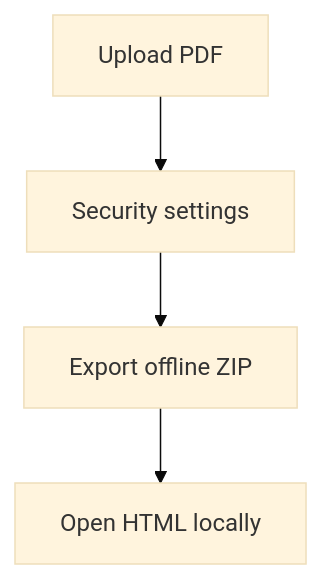
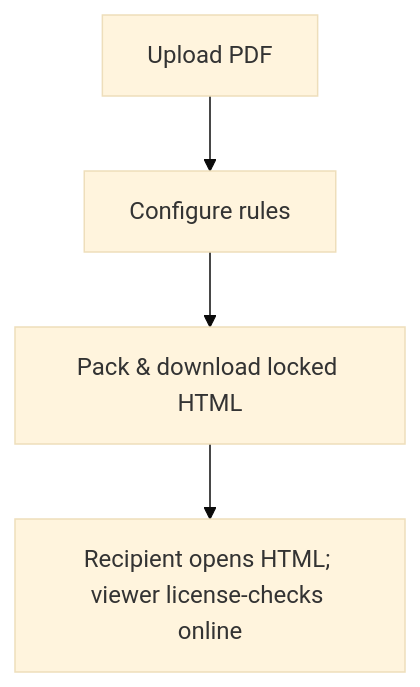
The diagram in src/content/blog/en/how-to-create-offline-pdf-package-guide.md (mythenigma/cloudflareAstro), drawn with Mermaid (base theme) before and after one commit. The commit also changed other lines of this file and 15 other files, not shown here.

````diff
--- a/src/content/blog/en/how-to-create-offline-pdf-package-guide.md
+++ b/src/content/blog/en/how-to-create-offline-pdf-package-guide.md
@@ -17,6 +17,6 @@
 ```mermaid
 flowchart TD
-  A[Upload PDF] --> B[Security settings]
-  B --> C[Export offline ZIP]
-  C --> D[Open HTML locally]
+  A[Upload PDF] --> B[Configure rules]
+  B --> C[Pack & download locked HTML]
+  C --> D[Recipient opens HTML; viewer license-checks online]
 ```
````
